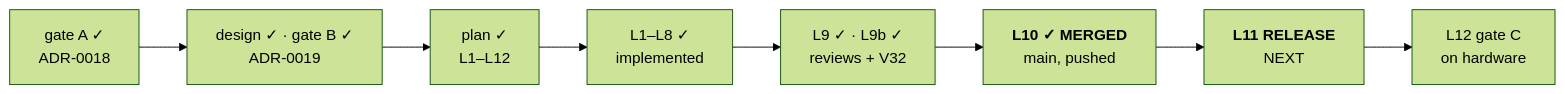
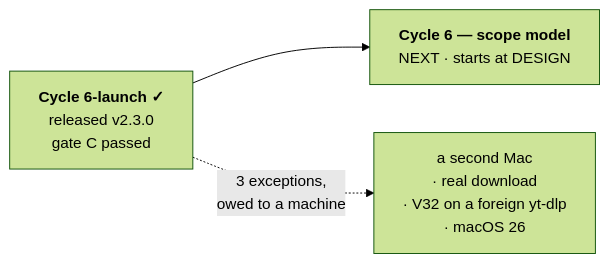
Before and after one commit to alergyonthestage/ytdl: the diagram in docs/maintainers/handoff.md, drawn with Mermaid (forest theme). The commit also changed other lines of this file, not shown here.

First line of the commit message:
docs(process): replace the handoff with the state a closed cycle leaves

````diff
--- a/docs/maintainers/handoff.md
+++ b/docs/maintainers/handoff.md
@@ -10,10 +10,5 @@
 ```mermaid
 flowchart LR
-  A["gate A ✓<br/>ADR-0018"] --> D["design ✓ · gate B ✓<br/>ADR-0019"]
-  D --> P["plan ✓<br/>L1–L12"]
-  P --> I["L1–L8 ✓<br/>implemented"]
-  I --> R["L9 ✓ · L9b ✓<br/>reviews + V32"]
-  R --> M["<b>L10 ✓ MERGED</b><br/>main, pushed"]
-  M --> X["<b>L11 RELEASE</b><br/>NEXT"]
-  X --> C["L12 gate C<br/>on hardware"]
+  L["<b>Cycle 6-launch ✓</b><br/>released v2.3.0<br/>gate C passed"] --> N["<b>Cycle 6 — scope model</b><br/>NEXT · starts at DESIGN"]
+  L -.->|"3 exceptions,<br/>owed to a machine"| H["a second Mac<br/>· real download<br/>· V32 on a foreign yt-dlp<br/>· macOS 26"]
 ```
````
